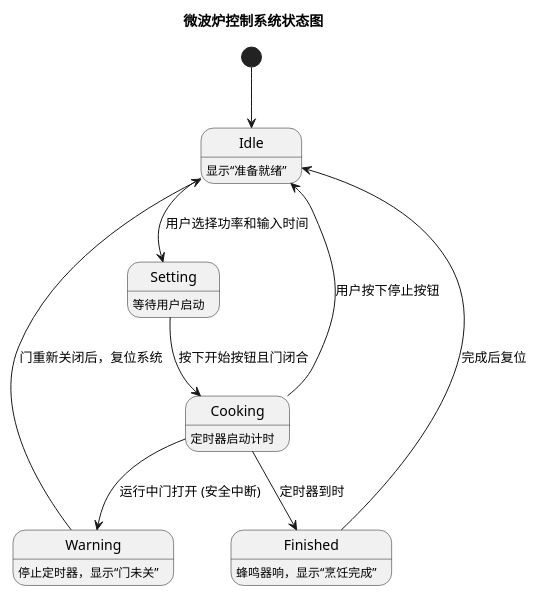
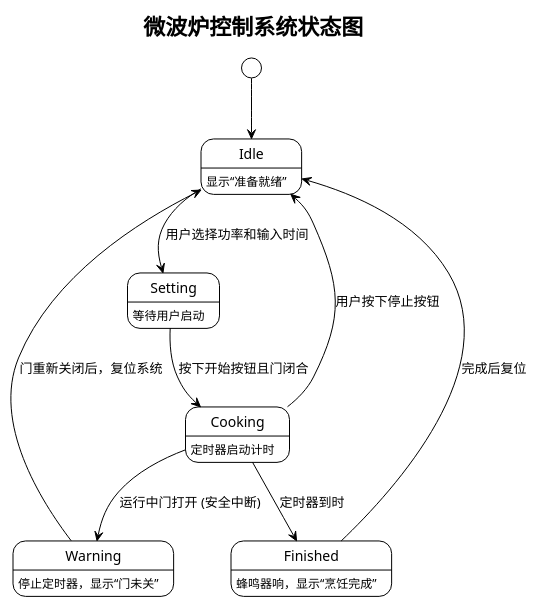
Before and after one commit to allenge007/jupyter_note: the second of 2 diagrams in 软件工程/assn1(2).md, drawn with PlantUML. The commit also changed other lines of this file and 7 other files, not shown here.

Commit message:
Add new assignment files for microwave control system, including Assignment7.pdf, Assignment2.pdf, and updated diagrams

````diff
--- a/软件工程/assn1(2).md
+++ b/软件工程/assn1(2).md
@@ -97,22 +98,24 @@
 ```plantuml
 @startuml MicrowaveStateDiagram
+!theme mono
+
 title 微波炉控制系统状态图
 
 [*] --> Idle
 
 Idle : 显示“准备就绪”
 Idle --> Setting : 用户选择功率和输入时间
 Setting : 等待用户启动
 Setting --> Cooking : 按下开始按钮且门闭合
 Cooking : 定时器启动计时
 Cooking --> Warning : 运行中门打开 (安全中断)
 Warning : 停止定时器，显示“门未关”
 Warning --> Idle : 门重新关闭后，复位系统
 Cooking --> Finished : 定时器到时
 Finished : 蜂鸣器响，显示“烹饪完成”
 Finished --> Idle : 完成后复位
 
 Cooking --> Idle : 用户按下停止按钮
 
 @enduml
 ```
````
